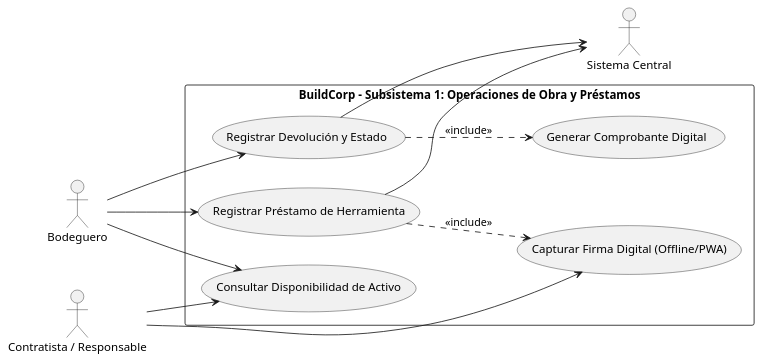
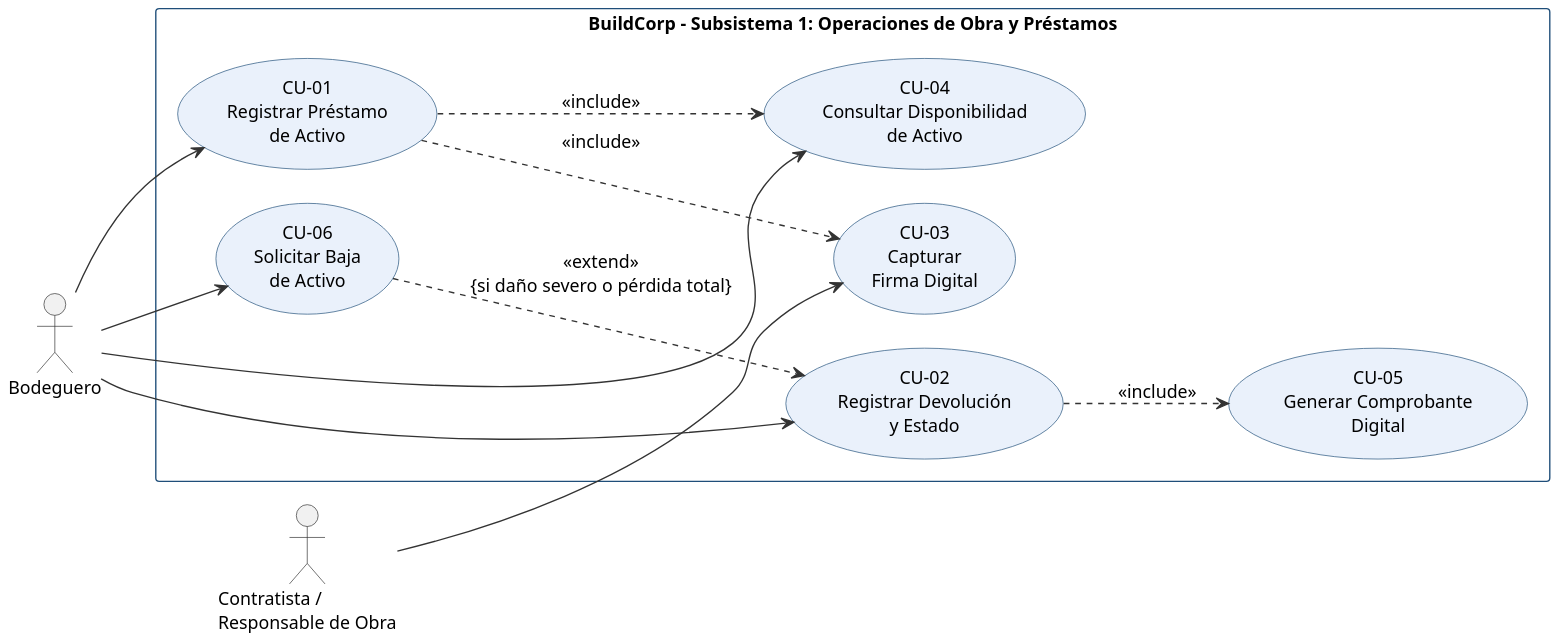
Before and after one commit to paapumaster/BuildCorp: the diagram in BuildCorp/out/diagramas/subsistema_operaciones.puml, drawn with PlantUML. The commit also changed 3 other files, not shown here.

```diff
--- a/BuildCorp/out/diagramas/subsistema_operaciones.puml
+++ b/BuildCorp/out/diagramas/subsistema_operaciones.puml
@@ -1,29 +1,39 @@
 @startuml
 left to right direction
-skinparam packageStyle rectangle
-
+skinparam shadowing false
+skinparam dpi 160
+skinparam nodesep 25
+skinparam ranksep 45
+skinparam defaultFontName Arial
+skinparam defaultFontSize 13
+skinparam ArrowColor #333333
+skinparam ActorBorderColor #333333
+skinparam UsecaseBackgroundColor #EAF1FB
+skinparam UsecaseBorderColor #1F4E79
+skinparam RectangleBorderColor #1F4E79
+skinparam RectangleBackgroundColor #FFFFFF
+skinparam RectangleFontStyle bold
+ 
 actor "Bodeguero" as Bodeguero
-actor "Contratista / Responsable" as Contratista
-actor "Sistema Central" as Sistema
-
+actor "Contratista /\nResponsable de Obra" as Contratista
+ 
 rectangle "BuildCorp - Subsistema 1: Operaciones de Obra y Préstamos" {
-    usecase "Consultar Disponibilidad de Activo" as UC1
-    usecase "Registrar Préstamo de Herramienta" as UC2
-    usecase "Capturar Firma Digital (Offline/PWA)" as UC3
-    usecase "Registrar Devolución y Estado" as UC4
-    usecase "Generar Comprobante Digital" as UC5
-
-    Bodeguero --> UC1
-    Bodeguero --> UC2
-    Bodeguero --> UC4
-    
-    Contratista --> UC1
-    Contratista --> UC3
-    
-    UC2 ..> UC3 : <<include>>
-    UC4 ..> UC5 : <<include>>
-    
-    UC2 --> Sistema
-    UC4 --> Sistema
+    usecase "CU-01\nRegistrar Préstamo\nde Activo" as CU01
+    usecase "CU-02\nRegistrar Devolución\ny Estado" as CU02
+    usecase "CU-03\nCapturar\nFirma Digital" as CU03
+    usecase "CU-04\nConsultar Disponibilidad\nde Activo" as CU04
+    usecase "CU-05\nGenerar Comprobante\nDigital" as CU05
+    usecase "CU-06\nSolicitar Baja\nde Activo" as CU06
 }
+ 
+Bodeguero --> CU01
+Bodeguero --> CU02
+Bodeguero --> CU04
+Bodeguero --> CU06
+Contratista --> CU03
+ 
+CU01 ..> CU03 : <<include>>
+CU01 ..> CU04 : <<include>>
+CU02 ..> CU05 : <<include>>
+CU06 ..> CU02 : <<extend>>\n{si daño severo o pérdida total}
 @enduml
```
